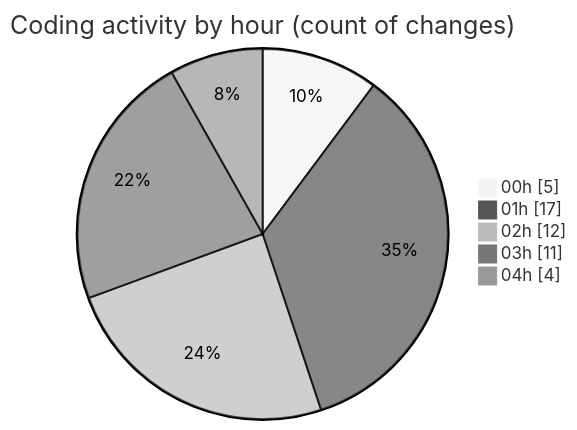
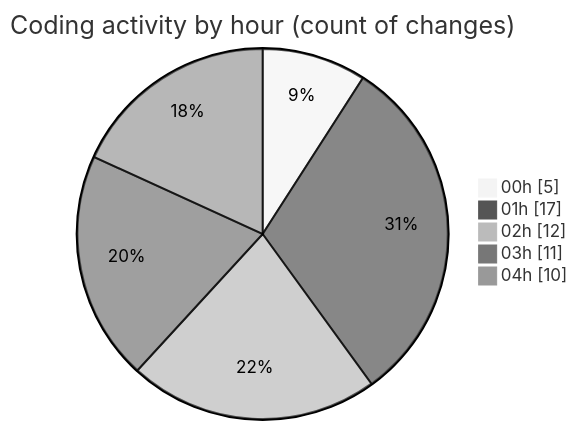
Before and after one commit to EIIisD/code-tracking: the second of 2 diagrams in 2025-08-04/tw-server/README.md, drawn with Mermaid (neutral theme). The commit also changed other lines of this file and 1 other file, not shown here.

````diff
--- a/2025-08-04/tw-server/README.md
+++ b/2025-08-04/tw-server/README.md
@@ -35,9 +35,9 @@
 ```mermaid
 pie showData
 title Coding activity by hour (count of changes)
 "00h" : 5
 "01h" : 17
 "02h" : 12
 "03h" : 11
-"04h" : 4
+"04h" : 10
 ```
````
